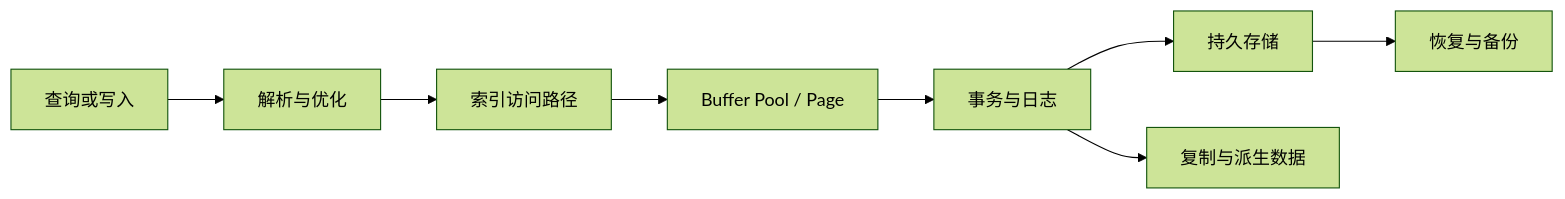
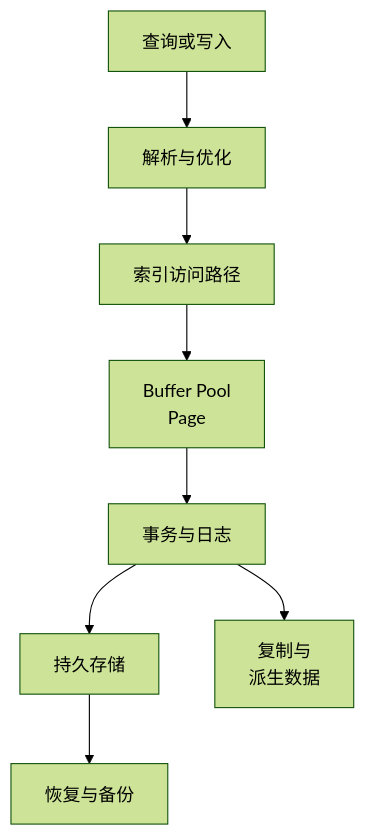
One commit to hub138/technical-knowledge changed the first of 3 diagrams in vault/工程知识/数据系统：在并发与故障中保存事实/数据系统：在并发与故障中保存事实.md. Above: the diagram before and after it, drawn with Mermaid (forest theme). The commit also changed other lines of this file and 622 other files, not shown here.

````diff
--- a/vault/工程知识/数据系统：在并发与故障中保存事实/数据系统：在并发与故障中保存事实.md
+++ b/vault/工程知识/数据系统：在并发与故障中保存事实/数据系统：在并发与故障中保存事实.md
@@ -23,10 +43,10 @@
-~~~mermaid
-flowchart LR
-    Q[查询或写入] --> P[解析与优化]
-    P --> I[索引访问路径]
-    I --> B[Buffer Pool / Page]
-    B --> L[事务与日志]
-    L --> S[持久存储]
-    L --> R[复制与派生数据]
-    S --> C[恢复与备份]
-~~~
+```mermaid
+flowchart TD
+    Q["查询或写入"] --> P["解析与优化"]
+    P --> I["索引访问路径"]
+    I --> B["Buffer Pool<br/>Page"]
+    B --> L["事务与日志"]
+    L --> S["持久存储"]
+    S --> C["恢复与备份"]
+    L --> R["复制与<br/>派生数据"]
+```
````
